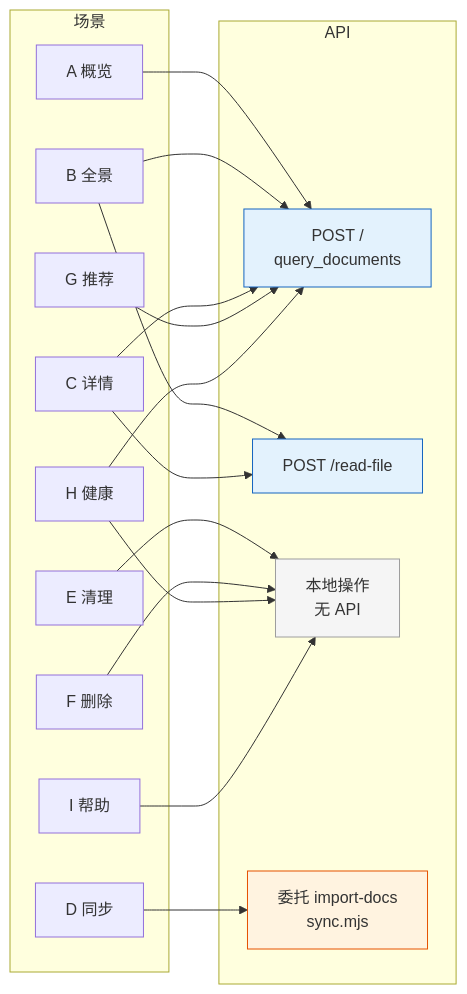
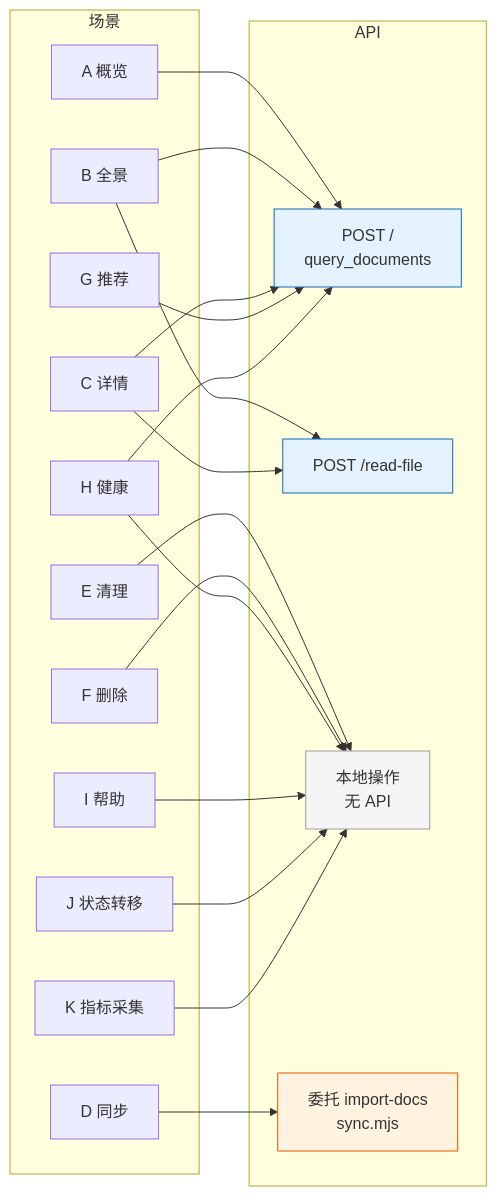
Diagram 14 of 14 in docs/故事任务面板/rui-story/YrY-使用场景.md (effiy/YrY), drawn with Mermaid before and after one commit. The commit also changed other lines of this file and 8 other files, not shown here.

````diff
--- a/docs/故事任务面板/rui-story/YrY-使用场景.md
+++ b/docs/故事任务面板/rui-story/YrY-使用场景.md
@@ -646,41 +723,45 @@
 ```mermaid
 flowchart LR
     subgraph 场景
         A["A 概览"]
         B["B 全景"]
         C["C 详情"]
         D["D 同步"]
         E["E 清理"]
         F["F 删除"]
         G["G 推荐"]
         H["H 健康"]
         I["I 帮助"]
+        J["J 状态转移"]
+        K["K 指标采集"]
     end
 
     subgraph API
         API1["POST /<br/>query_documents"]
         API2["POST /read-file"]
         LOCAL["本地操作<br/>无 API"]
         IMPORT["委托 import-docs<br/>sync.mjs"]
     end
 
     A --> API1
     B --> API1
     B --> API2
     C --> API1
     C --> API2
     D --> IMPORT
     E --> LOCAL
     F --> LOCAL
     G --> API1
     H --> API1
     H --> LOCAL
     I --> LOCAL
+    J --> LOCAL
+    K --> LOCAL
 
     classDef api fill:#e3f2fd,stroke:#1565c0;
     classDef local fill:#f5f5f5,stroke:#9e9e9e;
     classDef import fill:#fff3e0,stroke:#e65100;
     class API1,API2 api;
     class LOCAL local;
     class IMPORT import;
 ```
````
